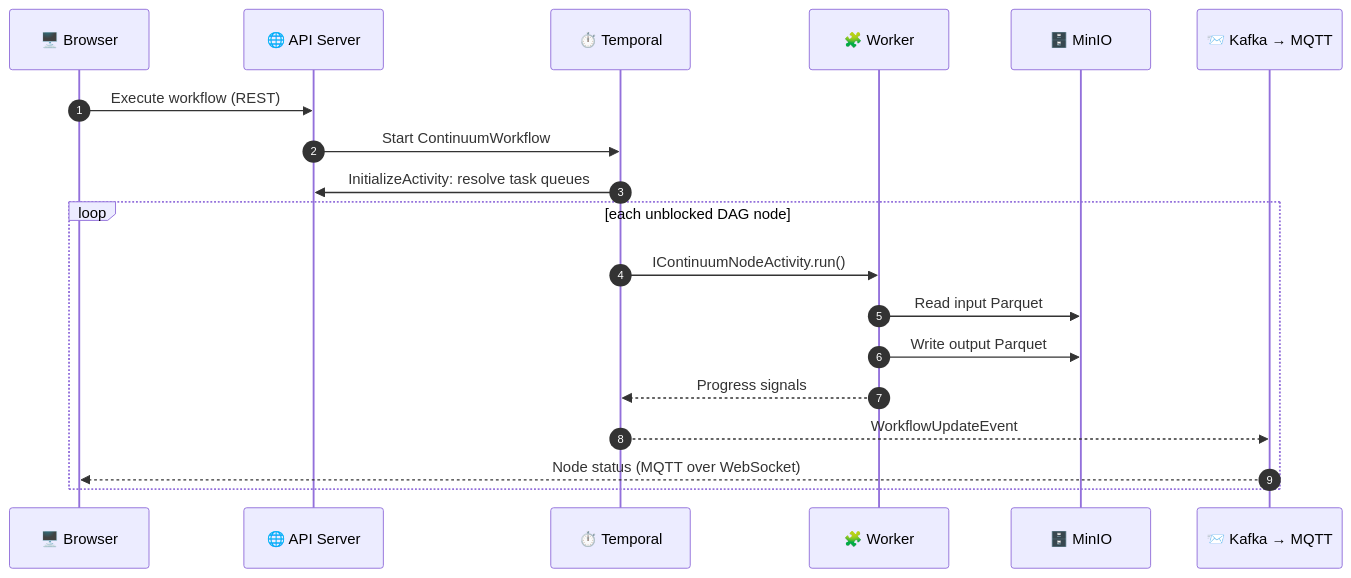
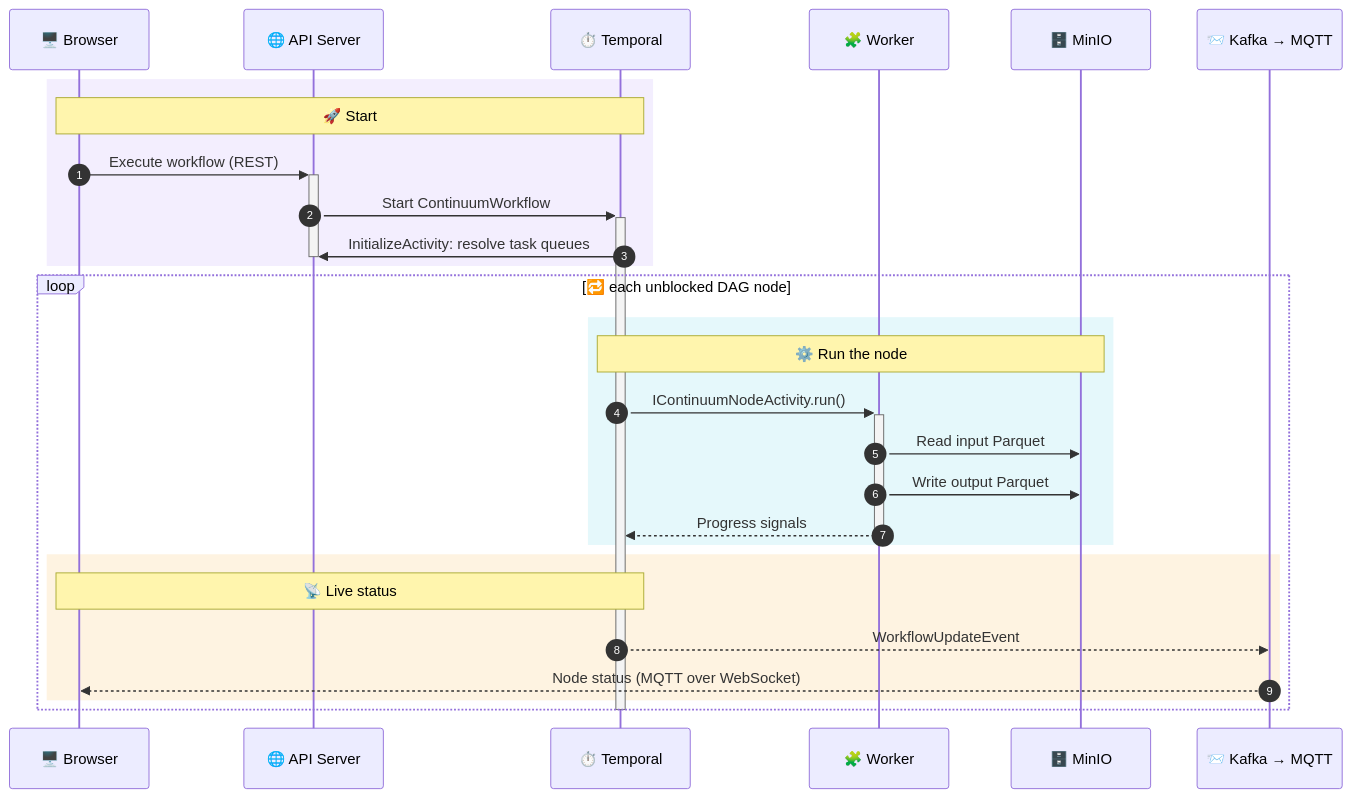
Before and after one commit to projectcontinuum-org/continuum-docs: the second of 2 diagrams in docs/architecture/overview.md, drawn with Mermaid. The commit also changed other lines of this file and 49 other files, not shown here.

````diff
--- a/docs/architecture/overview.md
+++ b/docs/architecture/overview.md
@@ -67,22 +68,34 @@
 ```mermaid
 sequenceDiagram
   autonumber
   participant B as 🖥️ Browser
   participant A as 🌐 API Server
   participant T as ⏱️ Temporal
   participant W as 🧩 Worker
   participant S as 🗄️ MinIO
   participant K as 📨 Kafka → MQTT
 
-  B->>A: Execute workflow (REST)
-  A->>T: Start ContinuumWorkflow
-  T->>A: InitializeActivity: resolve task queues
-  loop each unblocked DAG node
-    T->>W: IContinuumNodeActivity.run()
-    W->>S: Read input Parquet
-    W->>S: Write output Parquet
-    W-->>T: Progress signals
-    T-->>K: WorkflowUpdateEvent
-    K-->>B: Node status (MQTT over WebSocket)
+  rect rgba(139, 92, 246, 0.10)
+    Note over B,T: 🚀 Start
+    B->>+A: Execute workflow (REST)
+    A->>+T: Start ContinuumWorkflow
+    T->>A: InitializeActivity: resolve task queues
+    deactivate A
   end
+
+  loop 🔁 each unblocked DAG node
+    rect rgba(6, 182, 212, 0.10)
+      Note over T,S: ⚙️ Run the node
+      T->>+W: IContinuumNodeActivity.run()
+      W->>S: Read input Parquet
+      W->>S: Write output Parquet
+      W-->>-T: Progress signals
+    end
+    rect rgba(245, 158, 11, 0.12)
+      Note over T,B: 📡 Live status
+      T-->>K: WorkflowUpdateEvent
+      K-->>B: Node status (MQTT over WebSocket)
+    end
+  end
+  deactivate T
 ```
````
